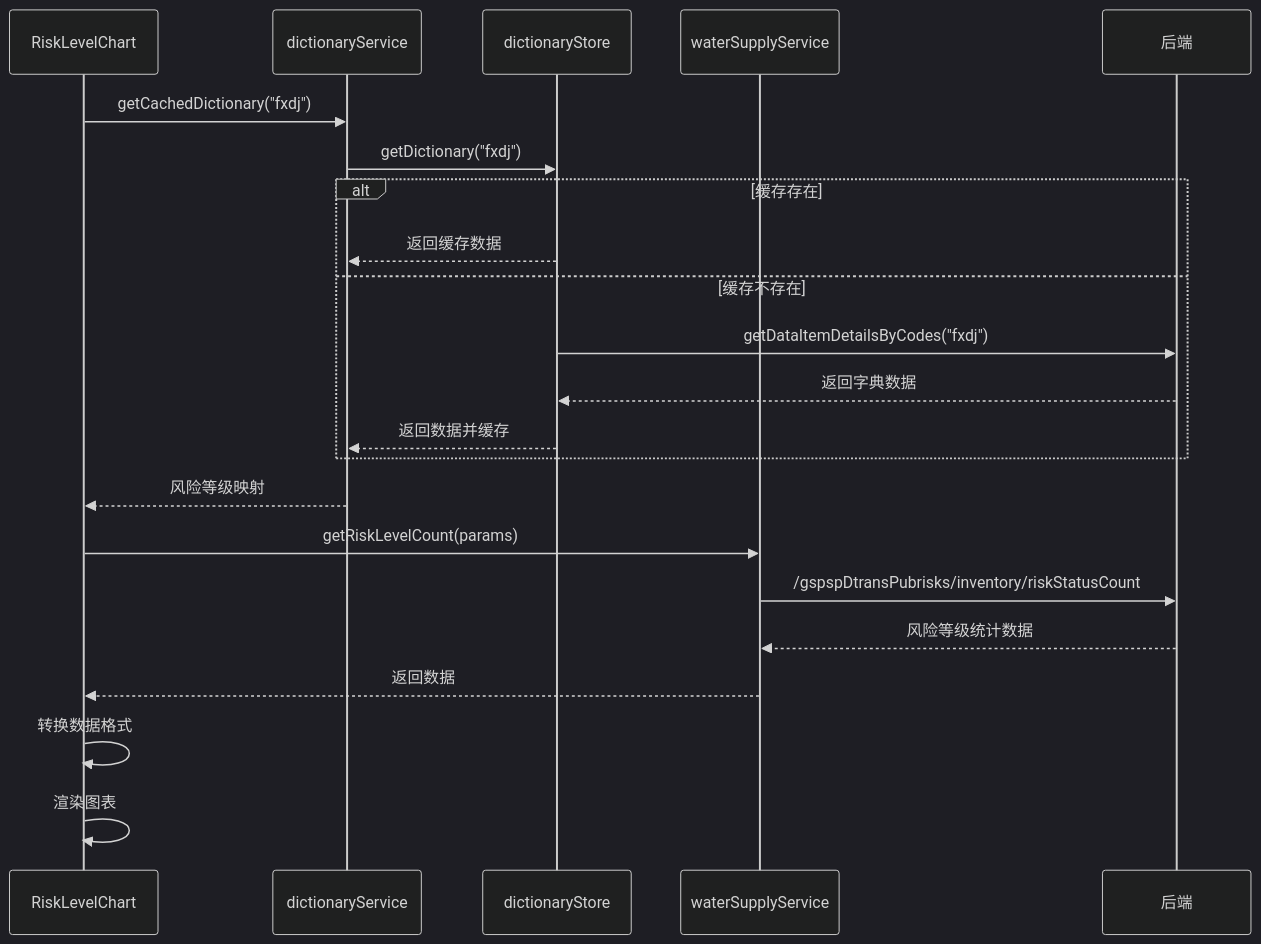
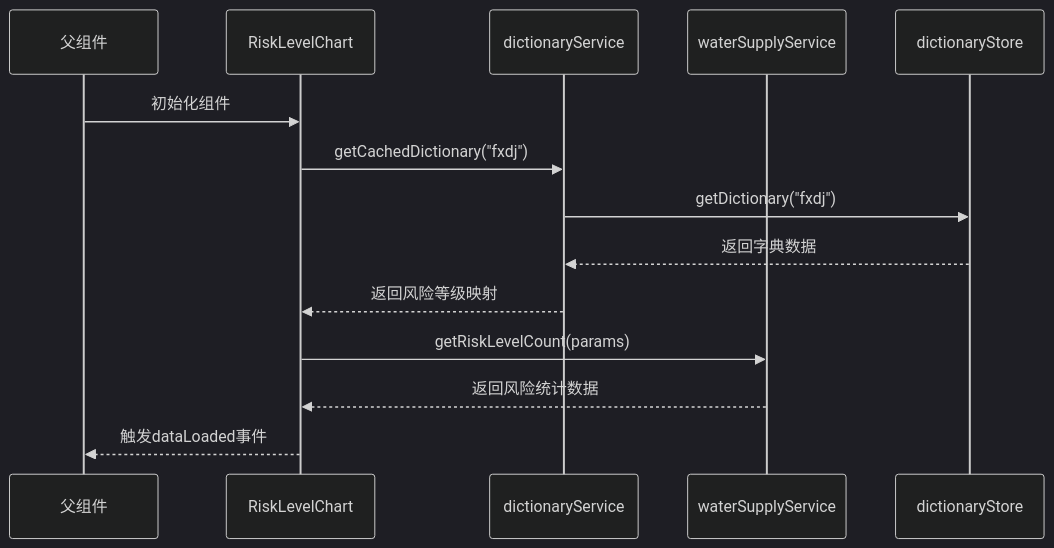
The third of 13 diagrams in .qoder/repowiki/zh/content/核心组件架构/风险等级图表组件.md (zhibo1997/government-dashboard), drawn with Mermaid (dark theme) before and after one commit. The commit also changed other lines of this file and 28 other files, not shown here.

````diff
--- a/.qoder/repowiki/zh/content/核心组件架构/风险等级图表组件.md
+++ b/.qoder/repowiki/zh/content/核心组件架构/风险等级图表组件.md
@@ -81,23 +121,16 @@
 ```mermaid
 sequenceDiagram
-participant 组件 as RiskLevelChart
-participant 字典服务 as dictionaryService
-participant 字典存储 as dictionaryStore
-participant 数据服务 as waterSupplyService
-组件->>字典服务 : getCachedDictionary("fxdj")
-字典服务->>字典存储 : getDictionary("fxdj")
-alt 缓存存在
-字典存储-->>字典服务 : 返回缓存数据
-else 缓存不存在
-字典存储->>后端 : getDataItemDetailsByCodes("fxdj")
-后端-->>字典存储 : 返回字典数据
-字典存储-->>字典服务 : 返回数据并缓存
-end
-字典服务-->>组件 : 风险等级映射
-组件->>数据服务 : getRiskLevelCount(params)
-数据服务->>后端 : /gspspDtransPubrisks/inventory/riskStatusCount
-后端-->>数据服务 : 风险等级统计数据
-数据服务-->>组件 : 返回数据
-组件->>组件 : 转换数据格式
-组件->>组件 : 渲染图表
+participant Parent as 父组件
+participant RLC as RiskLevelChart
+participant DS as dictionaryService
+participant WS as waterSupplyService
+participant Store as dictionaryStore
+Parent->>RLC : 初始化组件
+RLC->>DS : getCachedDictionary("fxdj")
+DS->>Store : getDictionary("fxdj")
+Store-->>DS : 返回字典数据
+DS-->>RLC : 返回风险等级映射
+RLC->>WS : getRiskLevelCount(params)
+WS-->>RLC : 返回风险统计数据
+RLC-->>Parent : 触发dataLoaded事件
 ```
````
